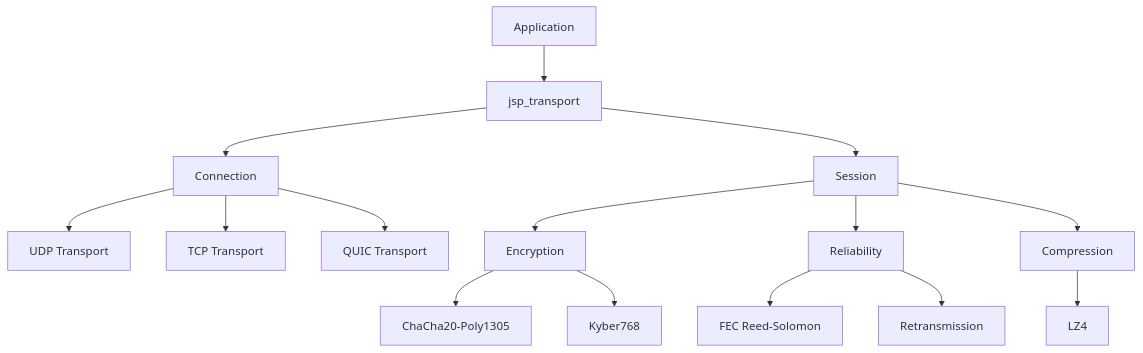
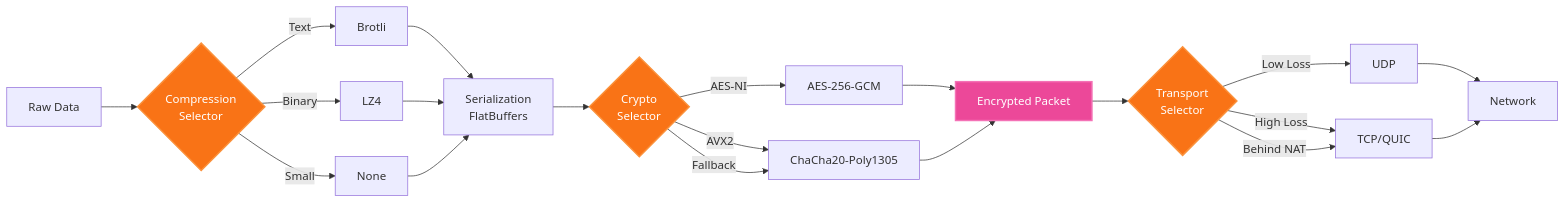
Before and after one commit to Anonimous013/JetStreamProto: the third of 3 diagrams in jetstream_proto/README.md, drawn with Mermaid. The commit also changed other lines of this file, not shown here.

````diff
--- a/jetstream_proto/README.md
+++ b/jetstream_proto/README.md
@@ -215,17 +447,32 @@
 ```mermaid
-graph TB
-    A[Application] --> B[jsp_transport]
-    B --> C[Connection]
-    B --> D[Session]
-    C --> E[UDP Transport]
-    C --> F[TCP Transport]
-    C --> G[QUIC Transport]
-    D --> H[Encryption]
-    D --> I[Reliability]
-    D --> J[Compression]
-    H --> K[ChaCha20-Poly1305]
-    H --> L[Kyber768]
-    I --> M[FEC Reed-Solomon]
-    I --> N[Retransmission]
-    J --> O[LZ4]
+flowchart LR
+    A[Raw Data] --> B{Compression<br/>Selector}
+    B -->|Text| C[Brotli]
+    B -->|Binary| D[LZ4]
+    B -->|Small| E[None]
+    
+    C --> F[Serialization<br/>FlatBuffers]
+    D --> F
+    E --> F
+    
+    F --> G{Crypto<br/>Selector}
+    G -->|AES-NI| H[AES-256-GCM]
+    G -->|AVX2| I[ChaCha20-Poly1305]
+    G -->|Fallback| I
+    
+    H --> J[Encrypted Packet]
+    I --> J
+    
+    J --> K{Transport<br/>Selector}
+    K -->|Low Loss| L[UDP]
+    K -->|High Loss| M[TCP/QUIC]
+    K -->|Behind NAT| M
+    
+    L --> N[Network]
+    M --> N
+    
+    style B fill:#f97316,stroke:#fb923c,stroke-width:2px,color:#fff
+    style G fill:#f97316,stroke:#fb923c,stroke-width:2px,color:#fff
+    style K fill:#f97316,stroke:#fb923c,stroke-width:2px,color:#fff
+    style J fill:#ec4899,stroke:#f472b6,stroke-width:2px,color:#fff
 ```
````
